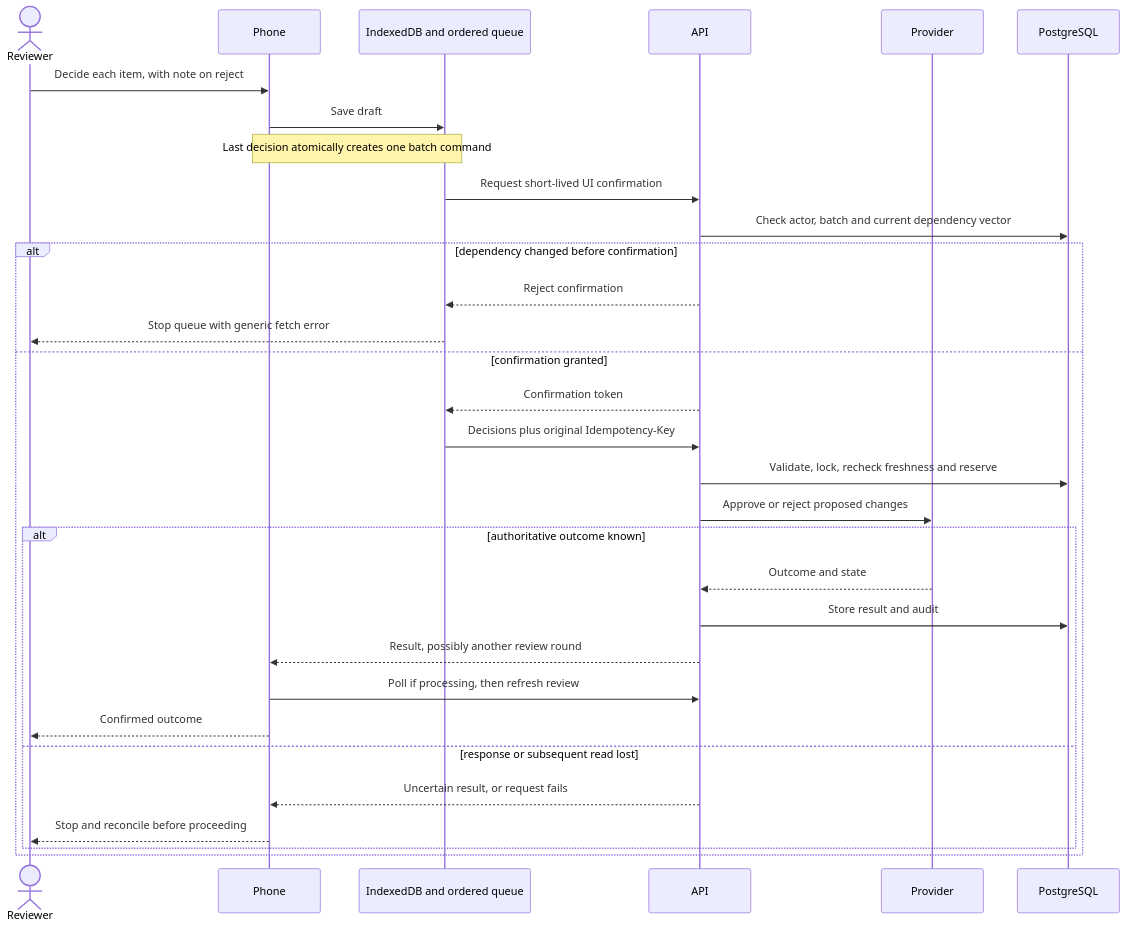
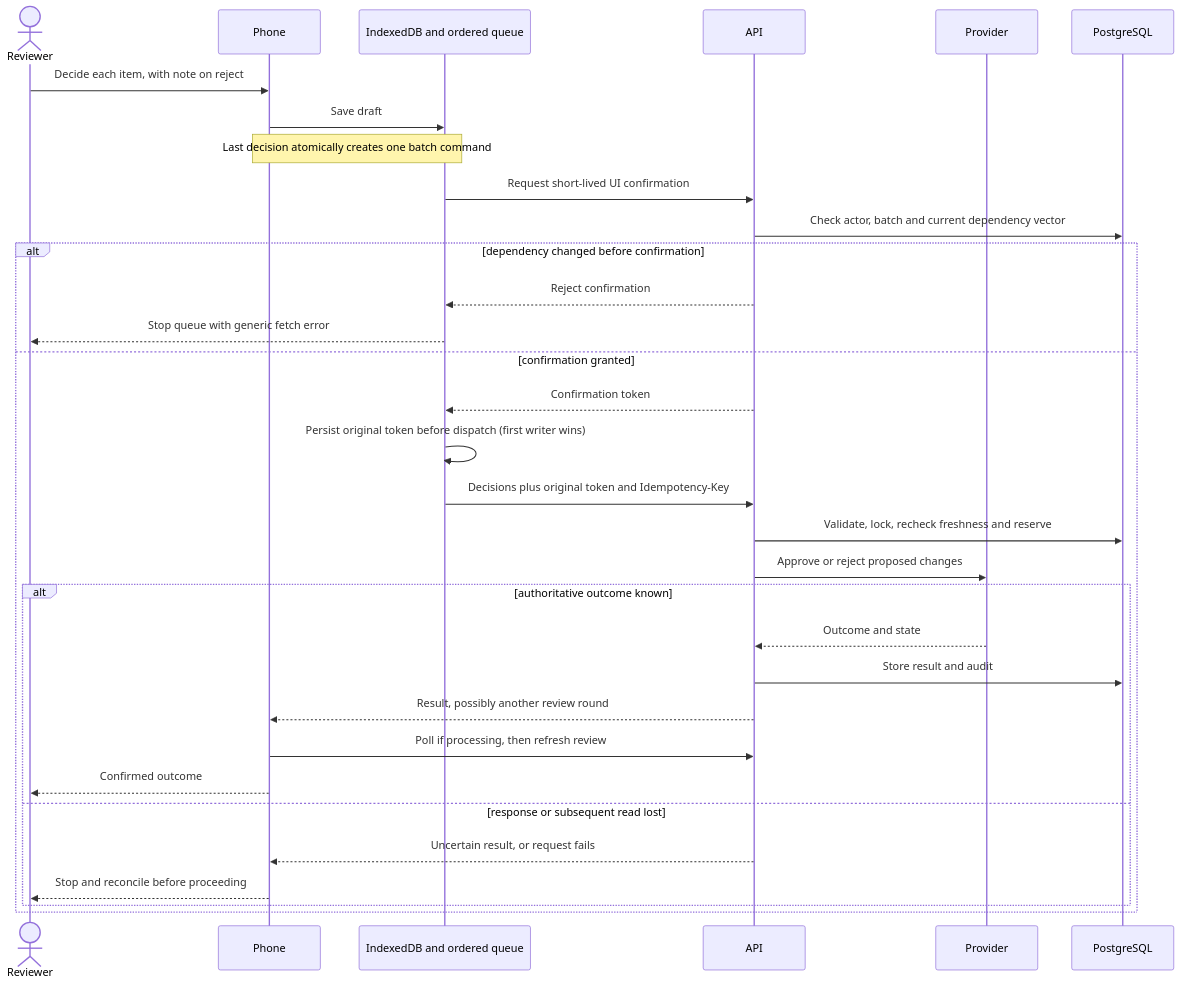
The second of 2 diagrams in docs/user-flow.md (KarnPiyush/field-ledger), drawn with Mermaid before and after one commit. The commit also changed other lines of this file and 11 other files, not shown here.

Commit message:
fix(mobile): persist original confirmation for safe decision replay

````diff
--- a/docs/user-flow.md
+++ b/docs/user-flow.md
@@ -38,33 +38,34 @@
 ```mermaid
 sequenceDiagram
   actor Reviewer
   participant Phone
   participant Store as IndexedDB and ordered queue
   participant API
   participant Provider
   participant DB as PostgreSQL
   Reviewer->>Phone: Decide each item, with note on reject
   Phone->>Store: Save draft
   Note over Phone,Store: Last decision atomically creates one batch command
   Store->>API: Request short-lived UI confirmation
   API->>DB: Check actor, batch and current dependency vector
   alt dependency changed before confirmation
     API-->>Store: Reject confirmation
     Store-->>Reviewer: Stop queue with generic fetch error
   else confirmation granted
     API-->>Store: Confirmation token
-    Store->>API: Decisions plus original Idempotency-Key
+    Store->>Store: Persist original token before dispatch (first writer wins)
+    Store->>API: Decisions plus original token and Idempotency-Key
     API->>DB: Validate, lock, recheck freshness and reserve
     API->>Provider: Approve or reject proposed changes
     alt authoritative outcome known
       Provider-->>API: Outcome and state
       API->>DB: Store result and audit
       API-->>Phone: Result, possibly another review round
       Phone->>API: Poll if processing, then refresh review
       Phone-->>Reviewer: Confirmed outcome
     else response or subsequent read lost
       API-->>Phone: Uncertain result, or request fails
       Phone-->>Reviewer: Stop and reconcile before proceeding
     end
   end
 ```
````
